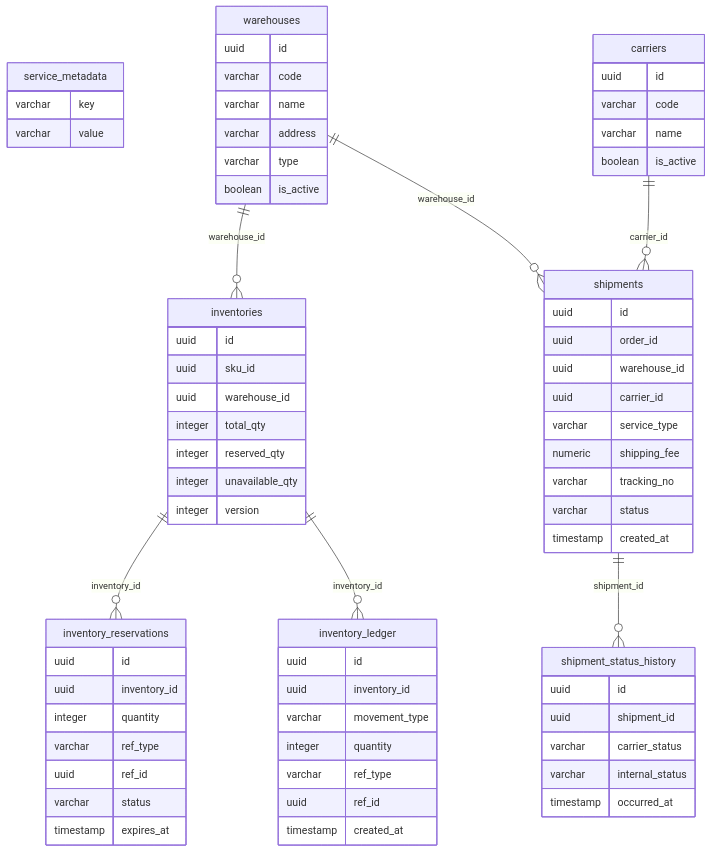
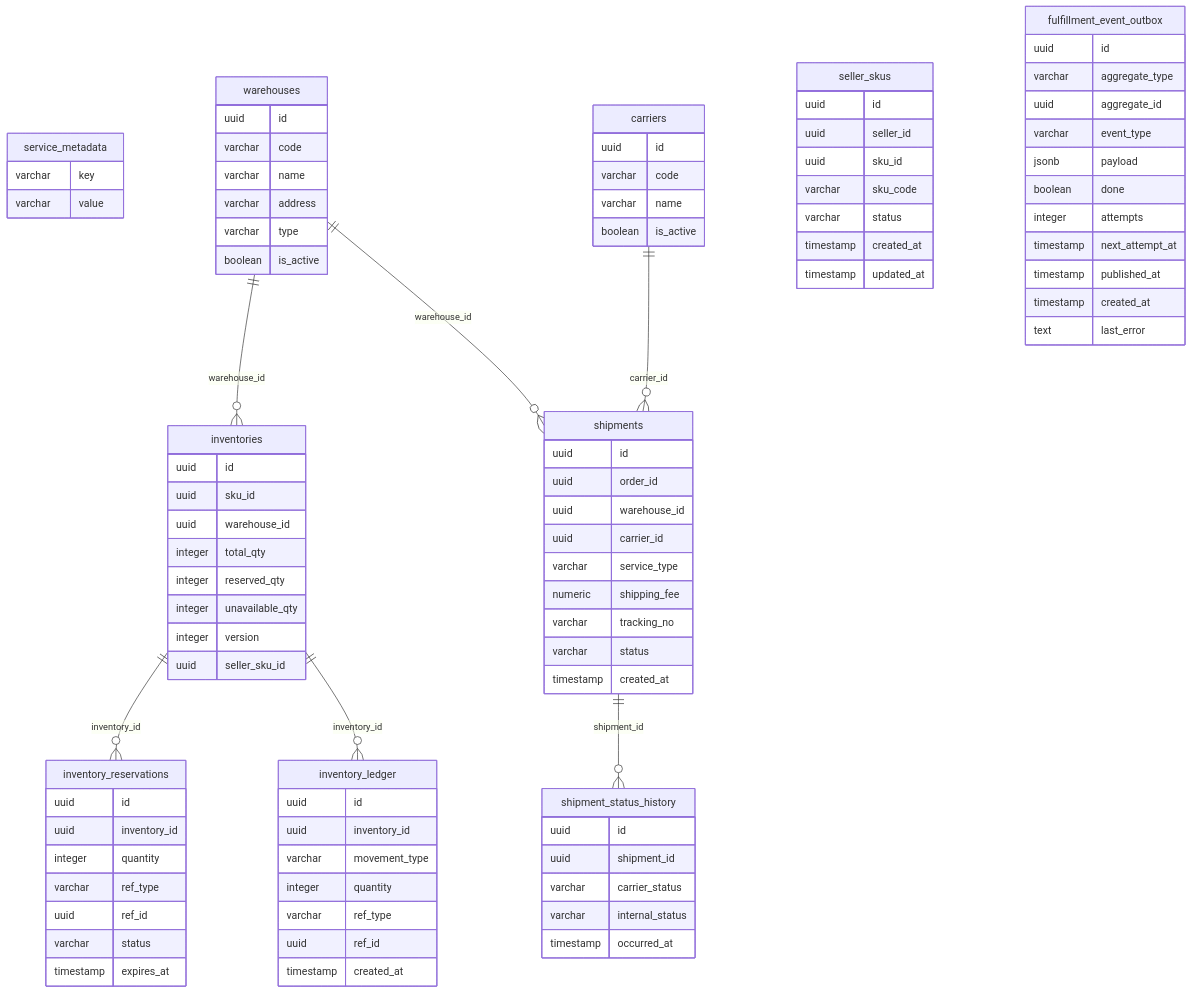
Before and after one commit to harry-leon/e-commerce-auction: the fifth of 7 diagrams in docs/database/ERD.md, drawn with Mermaid. The commit also changed other lines of this file and 99 other files, not shown here.

Commit message:
feat(catalog,fulfillment): decouple catalog skuId and fulfillment skuCode (HG-S2-6)

```diff
--- a/docs/database/ERD.md
+++ b/docs/database/ERD.md
@@ -277,6 +349,7 @@
     integer reserved_qty
     integer unavailable_qty
     integer version
+    uuid seller_sku_id
   }
   inventory_reservations {
     uuid id
@@ -320,6 +393,28 @@
     varchar internal_status
     timestamp occurred_at
   }
+  seller_skus {
+    uuid id
+    uuid seller_id
+    uuid sku_id
+    varchar sku_code
+    varchar status
+    timestamp created_at
+    timestamp updated_at
+  }
+  fulfillment_event_outbox {
+    uuid id
+    varchar aggregate_type
+    uuid aggregate_id
+    varchar event_type
+    jsonb payload
+    boolean done
+    integer attempts
+    timestamp next_attempt_at
+    timestamp published_at
+    timestamp created_at
+    text last_error
+  }
   warehouses ||--o{ inventories : warehouse_id
   inventories ||--o{ inventory_reservations : inventory_id
   inventories ||--o{ inventory_ledger : inventory_id
```
